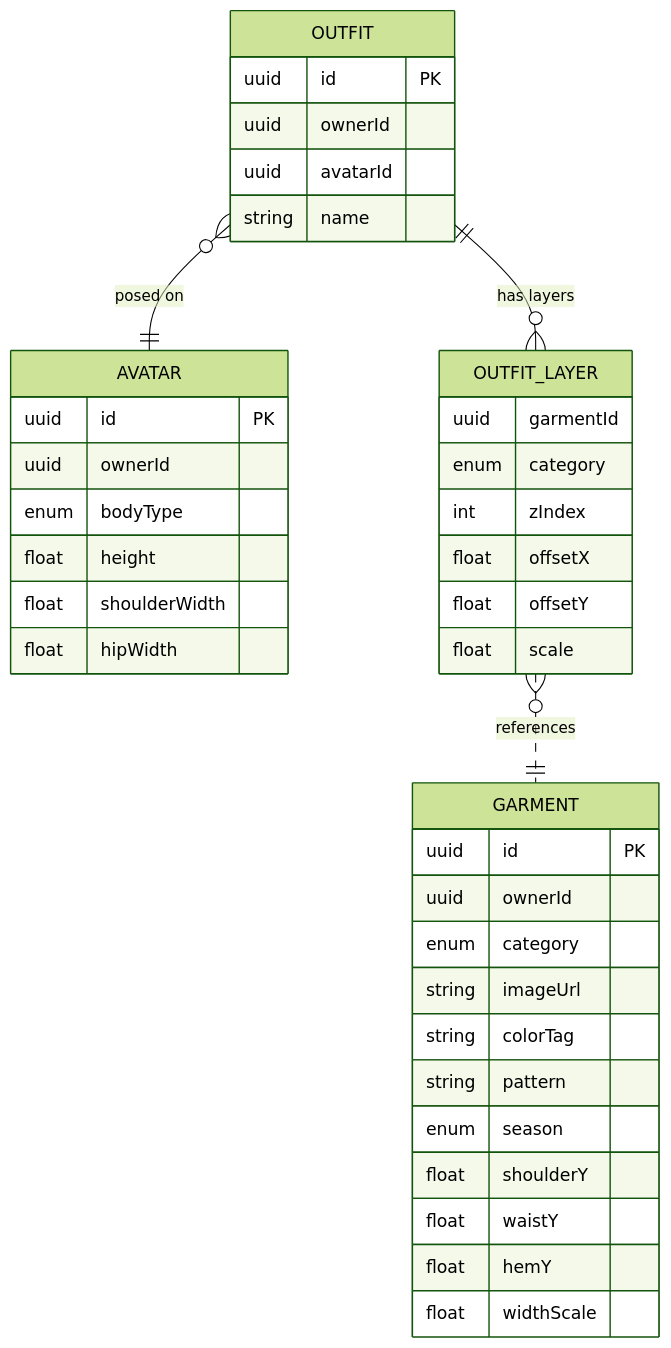
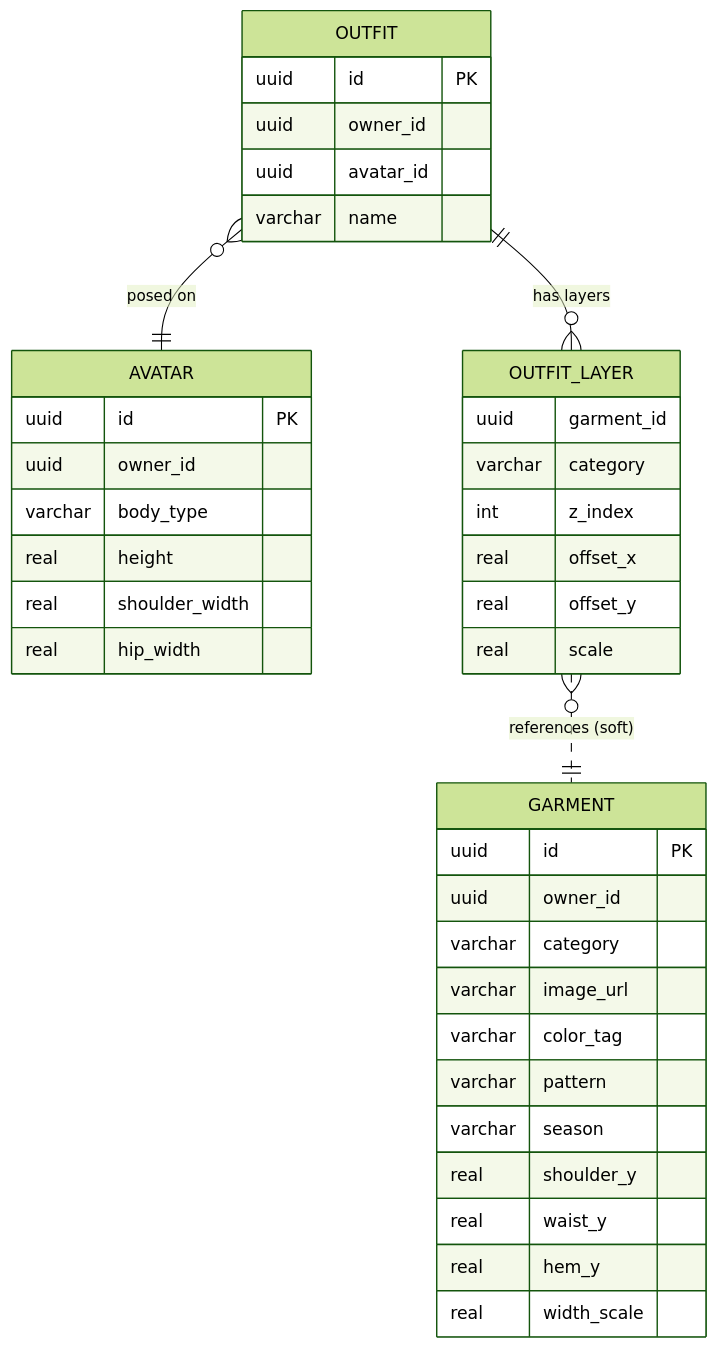
One commit to ChrisvDalen/Dressd changed the fourth of 5 diagrams in README.md. Above: the diagram before and after it, drawn with Mermaid (forest theme). The commit also changed other lines of this file and 10 other files, not shown here.

````diff
--- a/README.md
+++ b/README.md
@@ -230,41 +199,41 @@
 ```mermaid
 erDiagram
     GARMENT {
       uuid id PK
-      uuid ownerId
-      enum category
-      string imageUrl
-      string colorTag
-      string pattern
-      enum season
-      float shoulderY
-      float waistY
-      float hemY
-      float widthScale
+      uuid owner_id
+      varchar category
+      varchar image_url
+      varchar color_tag
+      varchar pattern
+      varchar season
+      real shoulder_y
+      real waist_y
+      real hem_y
+      real width_scale
     }
     AVATAR {
       uuid id PK
-      uuid ownerId
-      enum bodyType
-      float height
-      float shoulderWidth
-      float hipWidth
+      uuid owner_id
+      varchar body_type
+      real height
+      real shoulder_width
+      real hip_width
     }
     OUTFIT {
       uuid id PK
-      uuid ownerId
-      uuid avatarId
-      string name
+      uuid owner_id
+      uuid avatar_id
+      varchar name
     }
     OUTFIT_LAYER {
-      uuid garmentId
-      enum category
-      int zIndex
-      float offsetX
-      float offsetY
-      float scale
+      uuid garment_id
+      varchar category
+      int z_index
+      real offset_x
+      real offset_y
+      real scale
     }
     OUTFIT ||--o{ OUTFIT_LAYER : "has layers"
     OUTFIT }o--|| AVATAR : "posed on"
-    OUTFIT_LAYER }o..|| GARMENT : "references"
+    OUTFIT_LAYER }o..|| GARMENT : "references (soft)"
 ```
````
